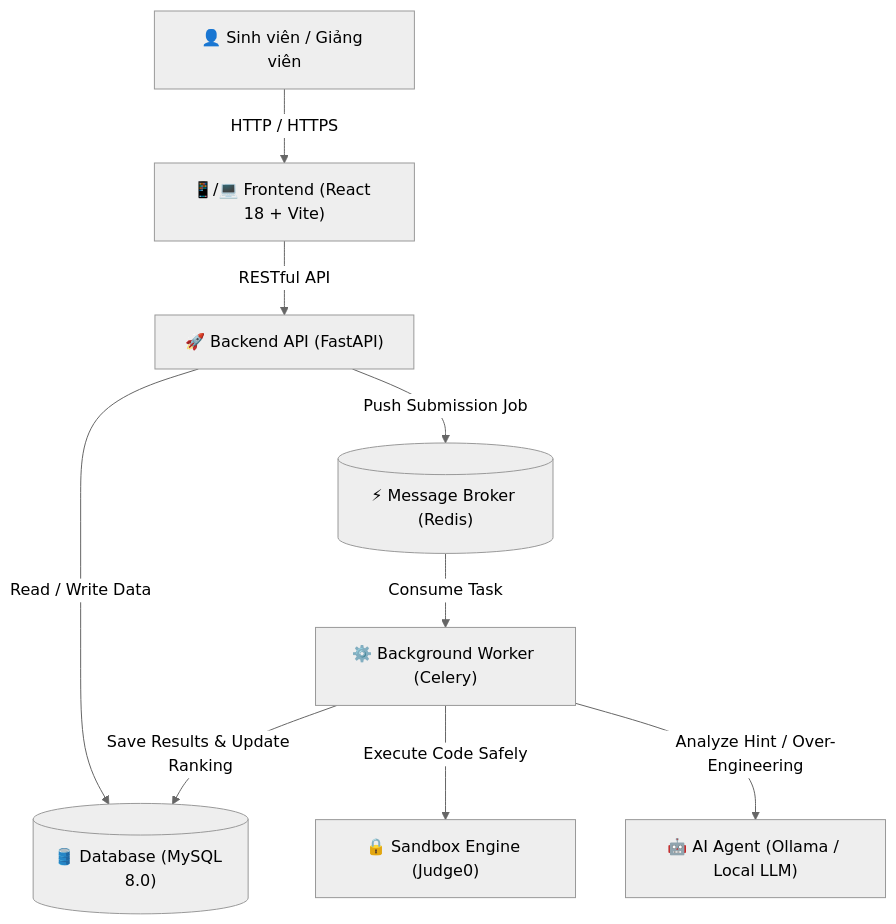
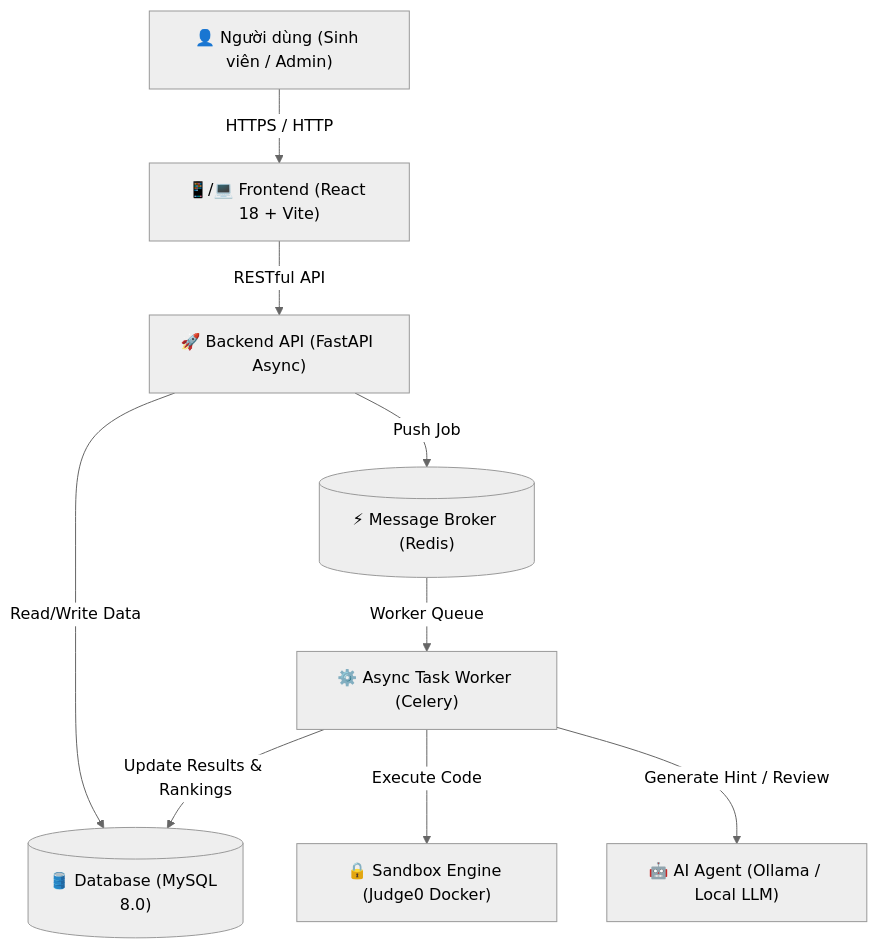
The diagram in PROJECT_DOCUMENTATION.md (lvquyen15506/IntelliJudge), drawn with Mermaid (neutral theme) before and after one commit. The commit also changed other lines of this file, not shown here.

````diff
--- a/PROJECT_DOCUMENTATION.md
+++ b/PROJECT_DOCUMENTATION.md
@@ -48,11 +99,11 @@
 ```mermaid
 graph TD
-    User["👤 Sinh viên / Giảng viên"] -->|HTTP / HTTPS| FE["📱/💻 Frontend (React 18 + Vite)"]
-    FE -->|RESTful API| BE["🚀 Backend API (FastAPI)"]
-    BE -->|Read / Write Data| DB[("🛢️ Database (MySQL 8.0)")]
-    BE -->|Push Submission Job| Redis[("⚡ Message Broker (Redis)")]
-    Redis -->|Consume Task| Worker["⚙️ Background Worker (Celery)"]
-    Worker -->|Execute Code Safely| Sandbox["🔒 Sandbox Engine (Judge0)"]
-    Worker -->|Analyze Hint / Over-Engineering| LLM["🤖 AI Agent (Ollama / Local LLM)"]
-    Worker -->|Save Results & Update Ranking| DB
+    User["👤 Người dùng (Sinh viên / Admin)"] -->|HTTPS / HTTP| FE["📱/💻 Frontend (React 18 + Vite)"]
+    FE -->|RESTful API| BE["🚀 Backend API (FastAPI Async)"]
+    BE -->|Read/Write Data| DB[("🛢️ Database (MySQL 8.0)")]
+    BE -->|Push Job| Redis[("⚡ Message Broker (Redis)")]
+    Redis -->|Worker Queue| Celery["⚙️ Async Task Worker (Celery)"]
+    Celery -->|Execute Code| Sandbox["🔒 Sandbox Engine (Judge0 Docker)"]
+    Celery -->|Generate Hint / Review| LLM["🤖 AI Agent (Ollama / Local LLM)"]
+    Celery -->|Update Results & Rankings| DB
 ```
````
